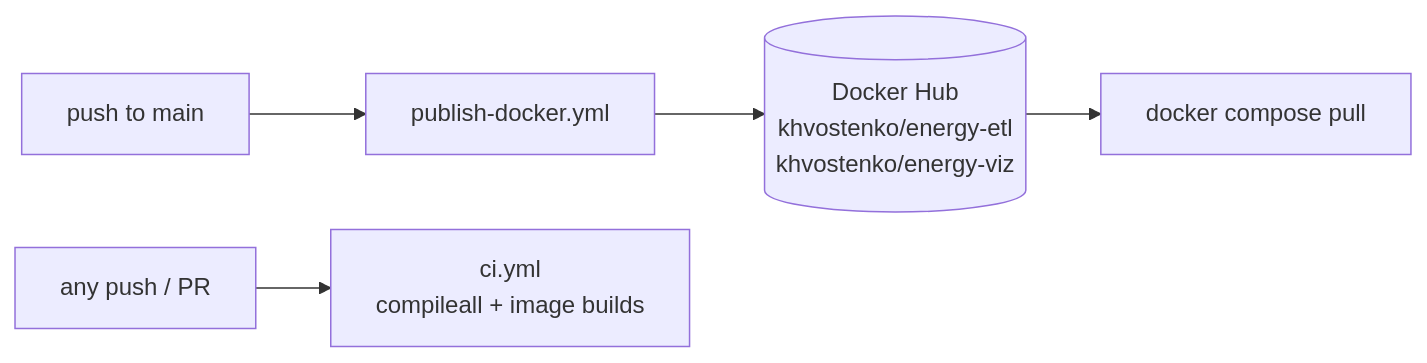
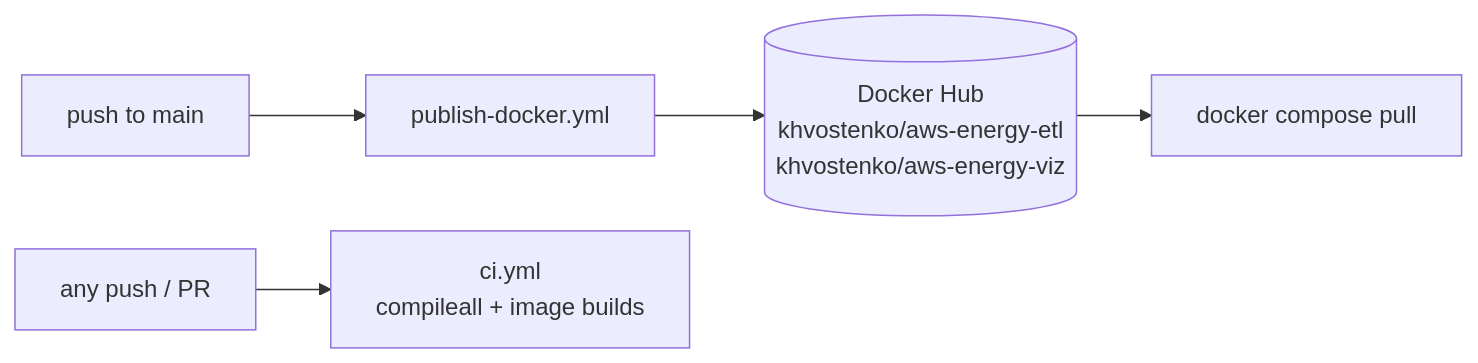
The eighth of 8 diagrams in Lineage.md (Khvostenko-OV/Energy_DE), drawn with Mermaid before and after one commit. The commit also changed other lines of this file and 7 other files, not shown here.

First line of the commit message:
Rename published images to aws-energy-etl / aws-energy-viz

````diff
--- a/Lineage.md
+++ b/Lineage.md
@@ -450,7 +450,7 @@
 ```mermaid
 flowchart LR
     MAIN["push to main"] --> PUB["publish-docker.yml"]
-    PUB --> HUB[("Docker Hub<br/>khvostenko/energy-etl<br/>khvostenko/energy-viz")]
+    PUB --> HUB[("Docker Hub<br/>khvostenko/aws-energy-etl<br/>khvostenko/aws-energy-viz")]
     HUB --> COMPOSE["docker compose pull"]
     PR["any push / PR"] --> CI["ci.yml<br/>compileall + image builds"]
 ```
````
